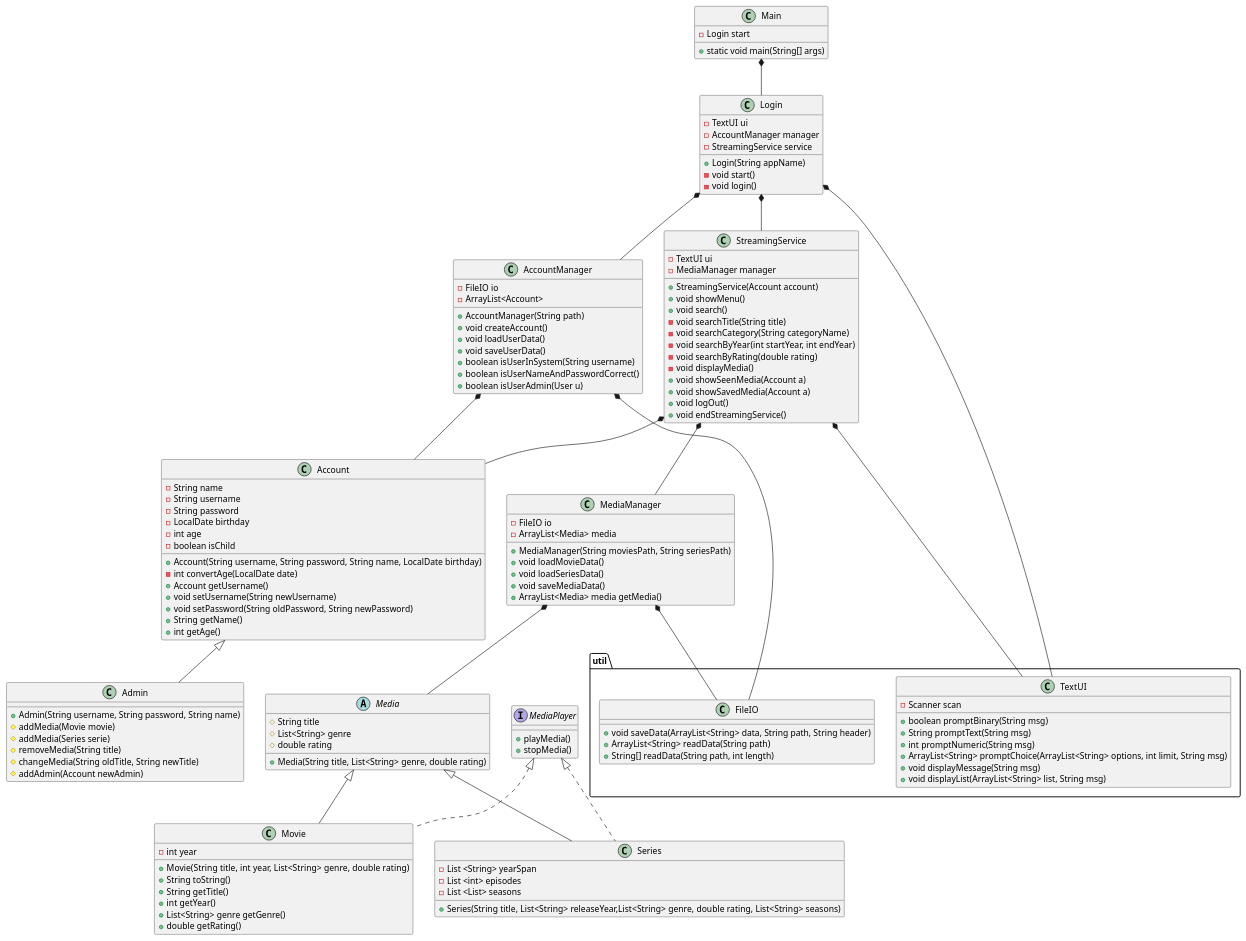
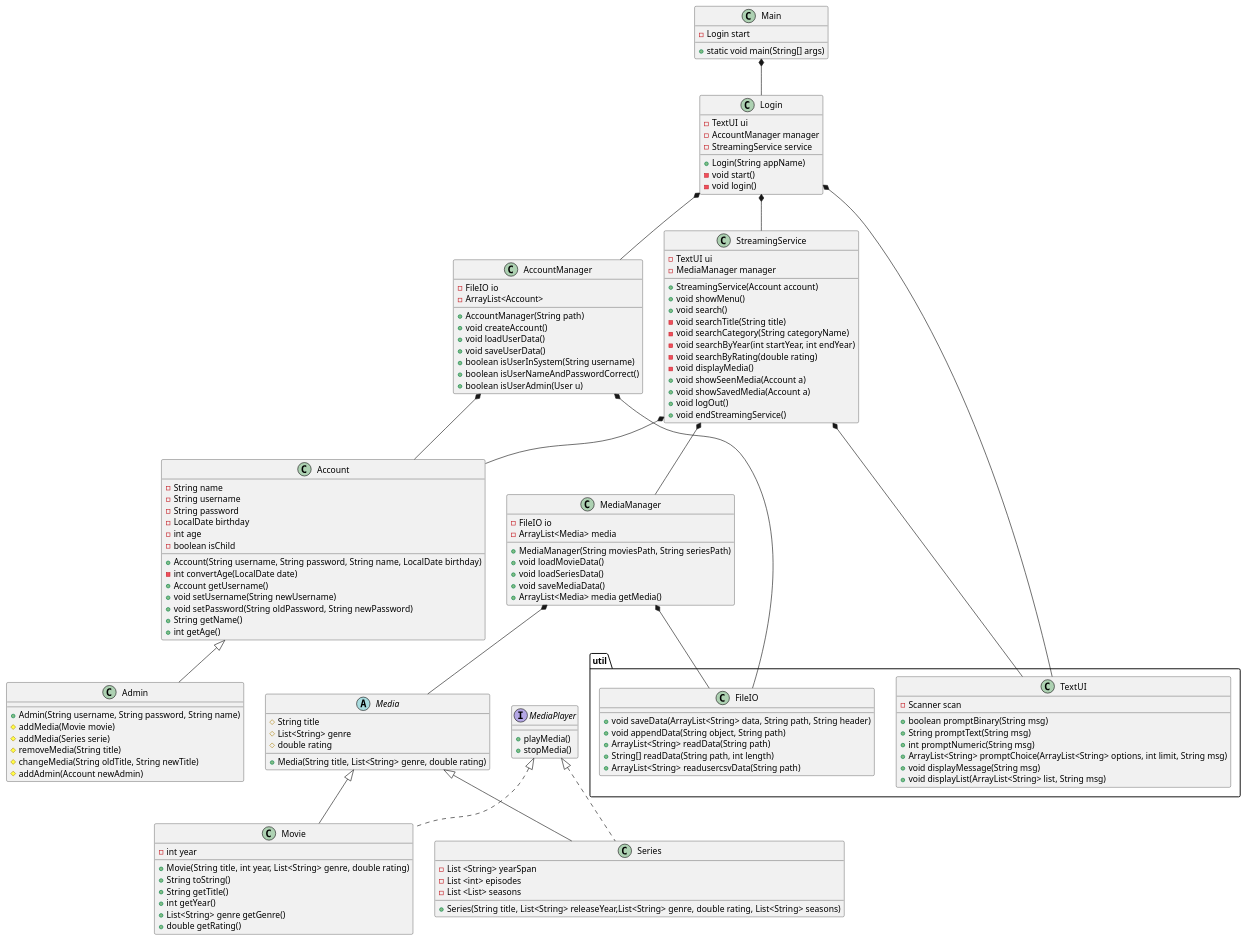
The diagram in doc/Plan/Static/classdiagram_v0.puml (DHangaard/Studypoint3_Dat1_2025), drawn with PlantUML before and after one commit. The commit also changed 1 other file, not shown here.

```diff
--- a/doc/Plan/Static/classdiagram_v0.puml
+++ b/doc/Plan/Static/classdiagram_v0.puml
@@ -1,151 +1,153 @@
 @startuml
 
 class Admin{
 + Admin(String username, String password, String name)
 # addMedia(Movie movie)
 # addMedia(Series serie)
 # removeMedia(String title)
 # changeMedia(String oldTitle, String newTitle)
 # addAdmin(Account newAdmin)
 }
 
 class StreamingService{
 - TextUI ui
 - MediaManager manager
 + StreamingService(Account account)
 + void showMenu()
 + void search()
 - void searchTitle(String title)
 - void searchCategory(String categoryName)
 - void searchByYear(int startYear, int endYear)
 - void searchByRating(double rating)
 - void displayMedia()
 + void showSeenMedia(Account a)
 + void showSavedMedia(Account a)
 + void logOut()
 + void endStreamingService()
 }
 
 class Main{
 - Login start
  + static void main(String[] args)
 }
 
 class Movie{
 - int year
 + Movie(String title, int year, List<String> genre, double rating)
 + String toString()
 + String getTitle()
 + int getYear()
 + List<String> genre getGenre()
 + double getRating()
 }
 
 class Series{
 - List <String> yearSpan
 - List <int> episodes
 - List <List> seasons
 + Series(String title, List<String> releaseYear,List<String> genre, double rating, List<String> seasons)
 }
 
 class MediaManager {
 - FileIO io
 - ArrayList<Media> media
 + MediaManager(String moviesPath, String seriesPath)
 + void loadMovieData()
 + void loadSeriesData()
 + void saveMediaData()
 + ArrayList<Media> media getMedia()
 }
 
 class Login {
 - TextUI ui
 - AccountManager manager
 - StreamingService service
 + Login(String appName)
 - void start()
 - void login()
 }
 
 Abstract Media{
 # String title
 # List<String> genre
 # double rating
 + Media(String title, List<String> genre, double rating)
 }
 
 class Account{
 - String name
 - String username
 - String password
 - LocalDate birthday
 - int age
 - boolean isChild
 + Account(String username, String password, String name, LocalDate birthday)
 - int convertAge(LocalDate date)
 + Account getUsername()
 + void setUsername(String newUsername)
 + void setPassword(String oldPassword, String newPassword)
 + String getName()
 + int getAge()
 }
 
 
 class AccountManager {
 - FileIO io
 - ArrayList<Account>
 + AccountManager(String path)
 + void createAccount()
 + void loadUserData()
 + void saveUserData()
 + boolean isUserInSystem(String username)
 + boolean isUserNameAndPasswordCorrect()
 + boolean isUserAdmin(User u)
 }
 
 package "util" {
     class TextUI {
     - Scanner scan
     + boolean promptBinary(String msg)
     + String promptText(String msg)
     + int promptNumeric(String msg)
     + ArrayList<String> promptChoice(ArrayList<String> options, int limit, String msg)
     + void displayMessage(String msg)
     + void displayList(ArrayList<String> list, String msg)
     }
 }
 
 package "util" {
     class FileIO{
     + void saveData(ArrayList<String> data, String path, String header)
+    + void appendData(String object, String path)
     + ArrayList<String> readData(String path)
     + String[] readData(String path, int length)
+    + ArrayList<String> readusercsvData(String path)
     }
  }
 
 interface MediaPlayer {
 + playMedia()
 + stopMedia()
 }
 
 Main *-- Login
 Login *-- AccountManager
 Login *-- StreamingService
 StreamingService *-- Account
 
 MediaPlayer <|.. Movie
 MediaPlayer <|.. Series
 AccountManager *-- Account
 AccountManager *-- FileIO
 Login *-- TextUI
 StreamingService *-- TextUI
 
 StreamingService *-- MediaManager
 MediaManager *-- FileIO
 MediaManager *-- Media
 Account <|-- Admin
 
 Media <|-- Movie
 Media <|-- Series
 
 @enduml
```
